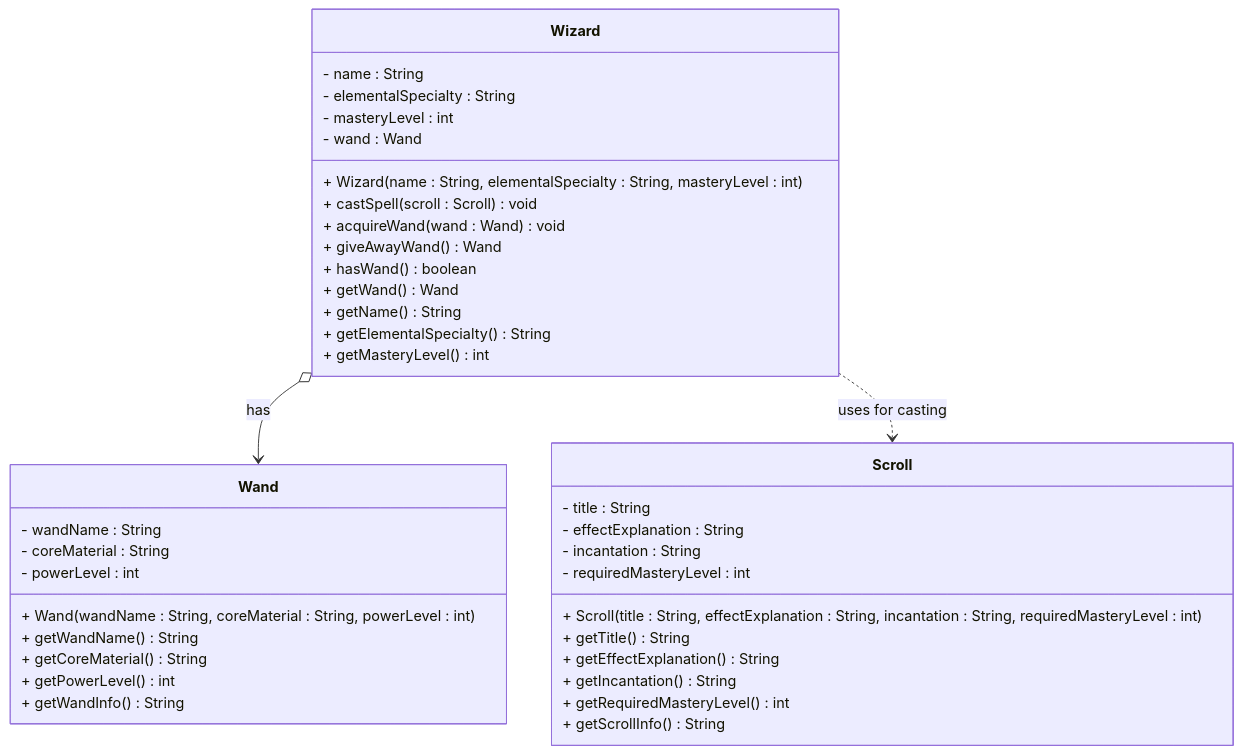
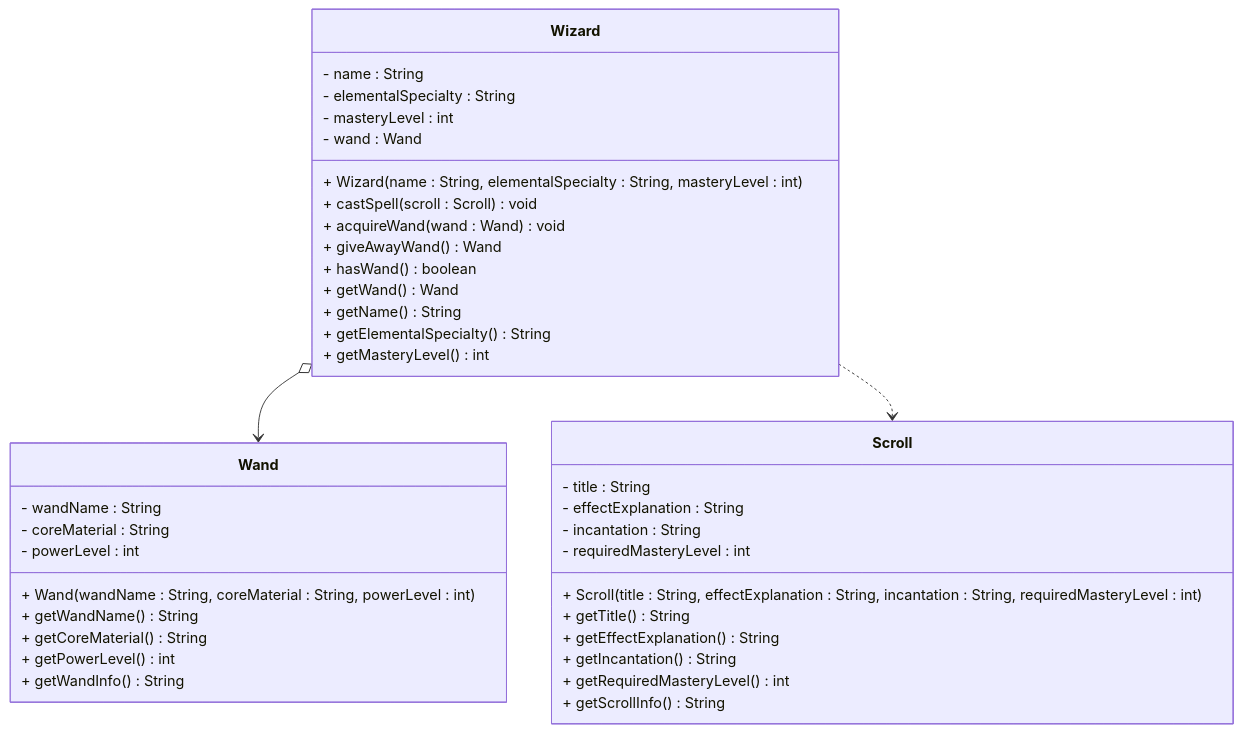
One commit to TroelsMortensen/Codelabs2 changed the second of 2 diagrams in Articles/Session 11 - Relationships intro/017 Exercises 6 - Wizard.md. Above: the diagram before and after it, drawn with Mermaid. The commit also changed other lines of this file and 3 other files, not shown here.

````diff
--- a/Articles/Session 11 - Relationships intro/017 Exercises 6 - Wizard.md
+++ b/Articles/Session 11 - Relationships intro/017 Exercises 6 - Wizard.md
@@ -98,45 +98,45 @@
 ```mermaid
 classDiagram
     class Wizard {
         - name : String
         - elementalSpecialty : String
         - masteryLevel : int
         - wand : Wand
         + Wizard(name : String, elementalSpecialty : String, masteryLevel : int)
         + castSpell(scroll : Scroll) void
         + acquireWand(wand : Wand) void
         + giveAwayWand() Wand
         + hasWand() boolean
         + getWand() Wand
         + getName() String
         + getElementalSpecialty() String
         + getMasteryLevel() int
     }
     
     class Wand {
         - wandName : String
         - coreMaterial : String
         - powerLevel : int
         + Wand(wandName : String, coreMaterial : String, powerLevel : int)
         + getWandName() String
         + getCoreMaterial() String
         + getPowerLevel() int
         + getWandInfo() String
     }
     
     class Scroll {
         - title : String
         - effectExplanation : String
         - incantation : String
         - requiredMasteryLevel : int
         + Scroll(title : String, effectExplanation : String, incantation : String, requiredMasteryLevel : int)
         + getTitle() String
         + getEffectExplanation() String
         + getIncantation() String
         + getRequiredMasteryLevel() int
         + getScrollInfo() String
     }
     
-    Wizard o--> Wand : has
-    Wizard ..> Scroll : uses for casting
+    Wizard o--> Wand 
+    Wizard ..> Scroll 
 ```
````
